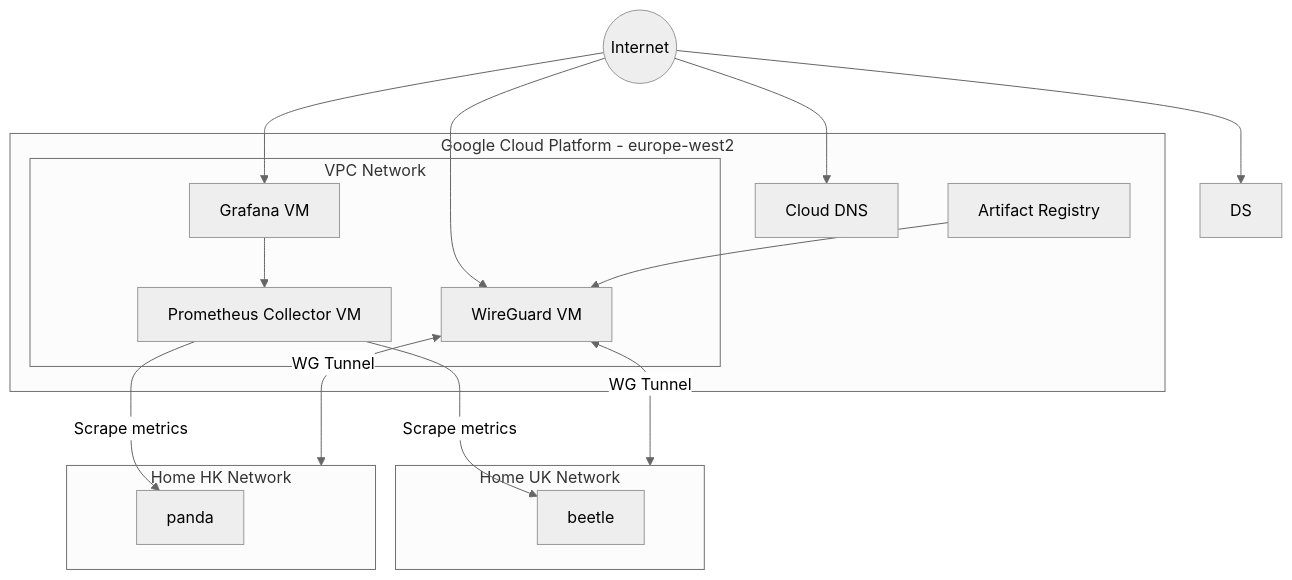
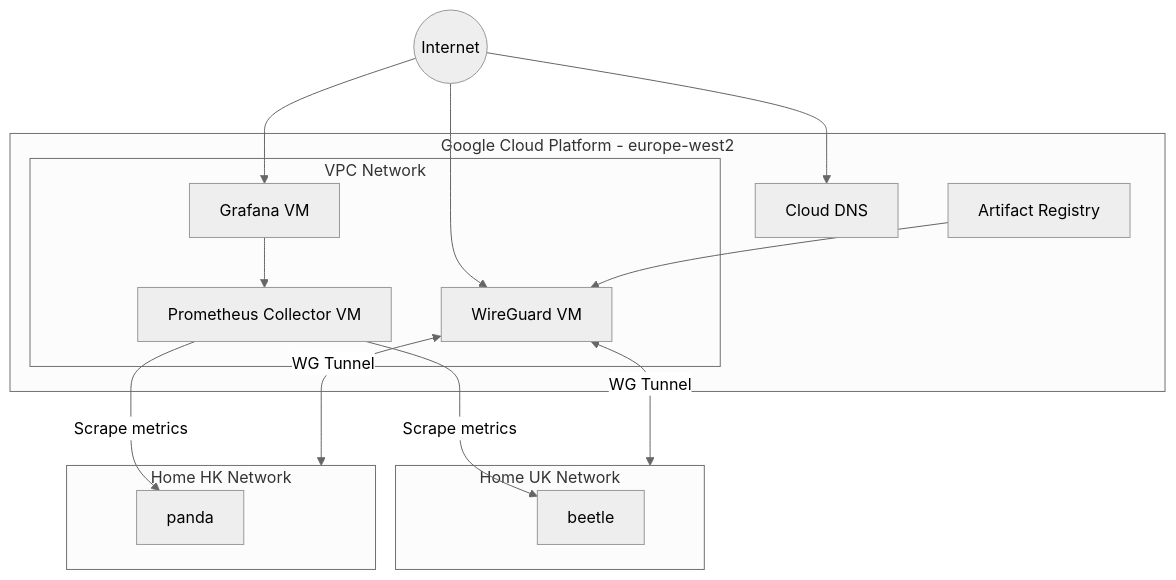
The diagram in README.md (adambhwong/my-gcp-project), drawn with Mermaid (neutral theme) before and after one commit.

Commit message:
update diagram

````diff
--- a/README.md
+++ b/README.md
@@ -24,31 +24,30 @@
 ```mermaid
 flowchart TB
     Internet((Internet))
     subgraph GCP["Google Cloud Platform - europe-west2"]
         DNS["Cloud DNS"]
         AR["Artifact Registry"]
         subgraph VPC["VPC Network"]
             VPN["WireGuard VM"]
             PROM["Prometheus Collector VM"]
             GRAF["Grafana VM"]
         end
     end
 
     subgraph UK["Home UK Network"]
         UKHOST["beetle"]
     end
     subgraph HK["Home HK Network"]
         HKHOST["panda"]
     end
 
-    Internet --> DS
     Internet --> DNS
     Internet --> VPN
     Internet --> GRAF
     AR --> VPN
     VPN <-->|WG Tunnel| UK
     VPN <-->|WG Tunnel| HK
     PROM -->|Scrape metrics| UKHOST
     PROM -->|Scrape metrics| HKHOST
     GRAF --> PROM
 ```
````
